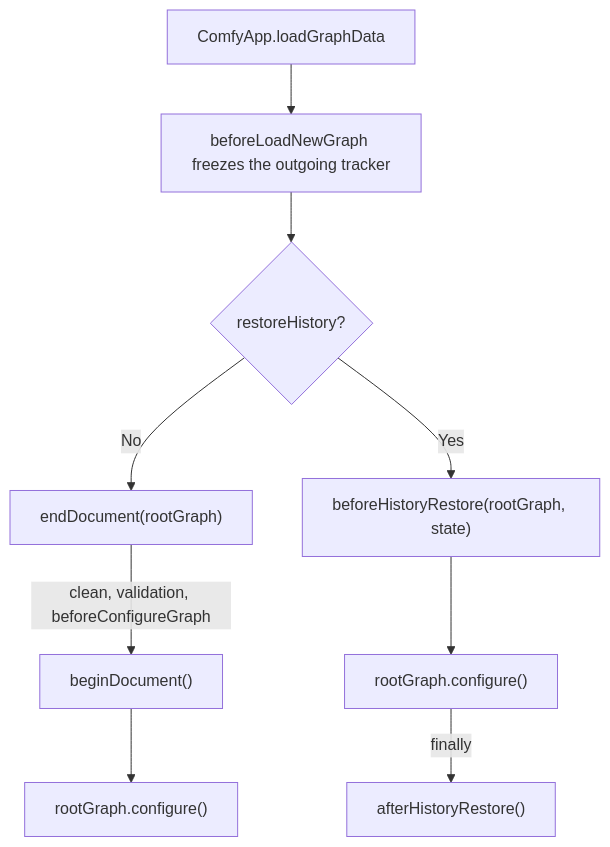
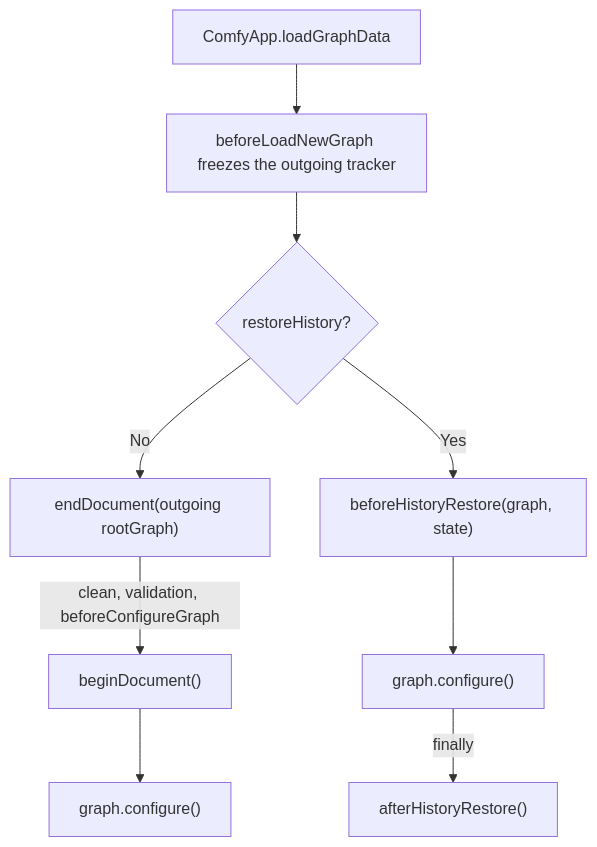
One commit to Comfy-Org/ComfyUI_frontend changed the diagram in docs/adr/EXTENSIONS-NODE-API-0070-versioned-node-api-with-document-scoped-handles.md. Above: the diagram before and after it, drawn with Mermaid. The commit also changed other lines of this file and 3 other files, not shown here.

````diff
--- a/docs/adr/EXTENSIONS-NODE-API-0070-versioned-node-api-with-document-scoped-handles.md
+++ b/docs/adr/EXTENSIONS-NODE-API-0070-versioned-node-api-with-document-scoped-handles.md
@@ -148,11 +152,11 @@
     ```mermaid
     flowchart TB
         load["ComfyApp.loadGraphData"] --> freeze["beforeLoadNewGraph freezes the outgoing tracker"]
         freeze --> flag{"restoreHistory?"}
-        flag -->|No| ended["endDocument(rootGraph)"]
+        flag -->|No| ended["endDocument(outgoing rootGraph)"]
         ended -->|"clean, validation, beforeConfigureGraph"| begin["beginDocument()"]
-        begin --> replace["rootGraph.configure()"]
-        flag -->|Yes| aside["beforeHistoryRestore(rootGraph, state)"]
-        aside --> restore["rootGraph.configure()"]
+        begin --> replace["graph.configure()"]
+        flag -->|Yes| aside["beforeHistoryRestore(graph, state)"]
+        aside --> restore["graph.configure()"]
         restore -->|finally| retire["afterHistoryRestore()"]
     ```
````
